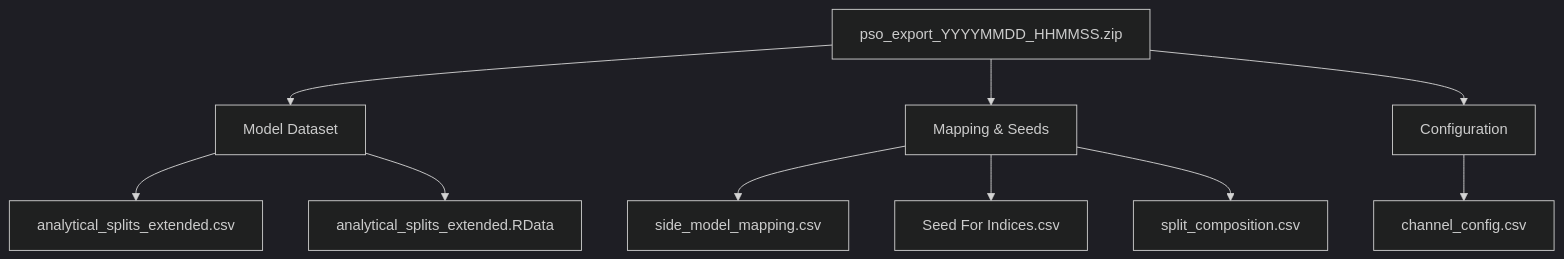
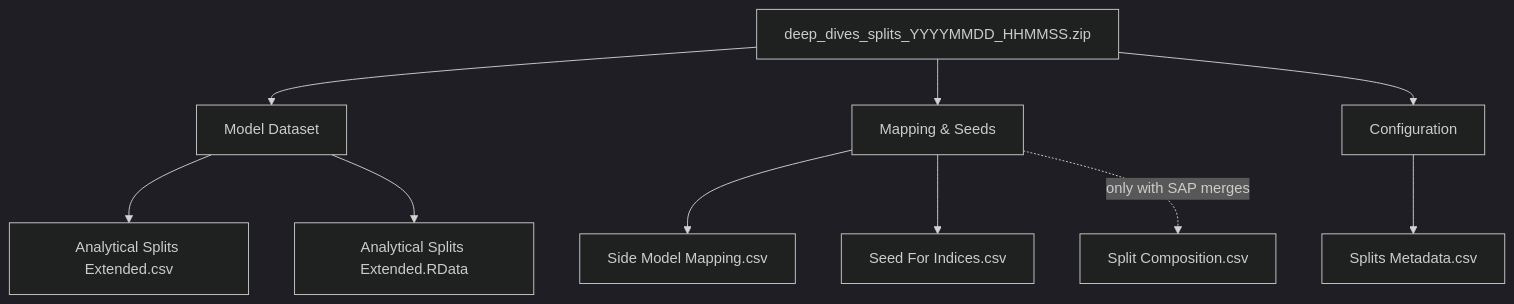
One commit to MiguelPalmaWpp/Split-Generator-for-PSO changed the eighth of 9 diagrams in README.md. Above: the diagram before and after it, drawn with Mermaid (dark theme). The commit also changed other lines of this file and 87 other files, not shown here.

Commit message:
Refactor modules & Include ForIndices splits in AnalyticalExtended

````diff
--- a/README.md
+++ b/README.md
@@ -337,13 +348,13 @@
 ```mermaid
 flowchart TB
-    ZIP["pso_export_YYYYMMDD_HHMMSS.zip"] --> A["Model Dataset"]
+    ZIP["deep_dives_splits_YYYYMMDD_HHMMSS.zip"] --> A["Model Dataset"]
     ZIP --> B["Mapping & Seeds"]
     ZIP --> C["Configuration"]
 
-    A --> A1["analytical_splits_extended.csv"]
-    A --> A2["analytical_splits_extended.RData"]
-    B --> B1["side_model_mapping.csv"]
+    A --> A1["Analytical Splits Extended.csv"]
+    A --> A2["Analytical Splits Extended.RData"]
+    B --> B1["Side Model Mapping.csv"]
     B --> B2["Seed For Indices.csv"]
-    B --> B3["split_composition.csv"]
-    C --> C1["channel_config.csv"]
+    B -. "only with SAP merges" .-> B3["Split Composition.csv"]
+    C --> C1["Splits Metadata.csv"]
 ```
````
